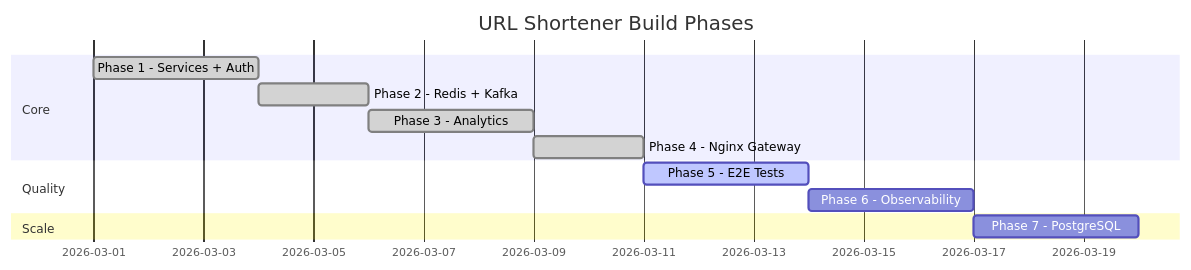
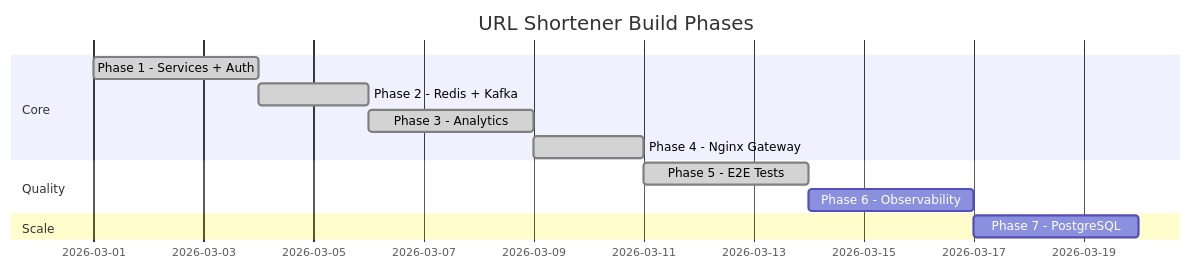
The diagram in docs/phases.md (hemantkgupta/url-shortener-java), drawn with Mermaid before and after one commit. The commit also changed other lines of this file and 7 other files, not shown here.

First line of the commit message:
Phase 5: End-to-end testing — Spring integration tests + Playwright E2E

````diff
--- a/docs/phases.md
+++ b/docs/phases.md
@@ -128,15 +138,15 @@
 ```mermaid
 gantt
     title URL Shortener Build Phases
     dateFormat YYYY-MM-DD
     section Core
         Phase 1 - Services + Auth     :done,    p1, 2026-03-01, 3d
         Phase 2 - Redis + Kafka       :done,    p2, after p1, 2d
         Phase 3 - Analytics           :done,    p3, after p2, 3d
         Phase 4 - Nginx Gateway       :done,    p4, after p3, 2d
     section Quality
-        Phase 5 - E2E Tests           :active,  p5, after p4, 3d
+        Phase 5 - E2E Tests           :done,    p5, after p4, 3d
         Phase 6 - Observability       :         p6, after p5, 3d
     section Scale
         Phase 7 - PostgreSQL          :         p7, after p6, 3d
 ```
````
